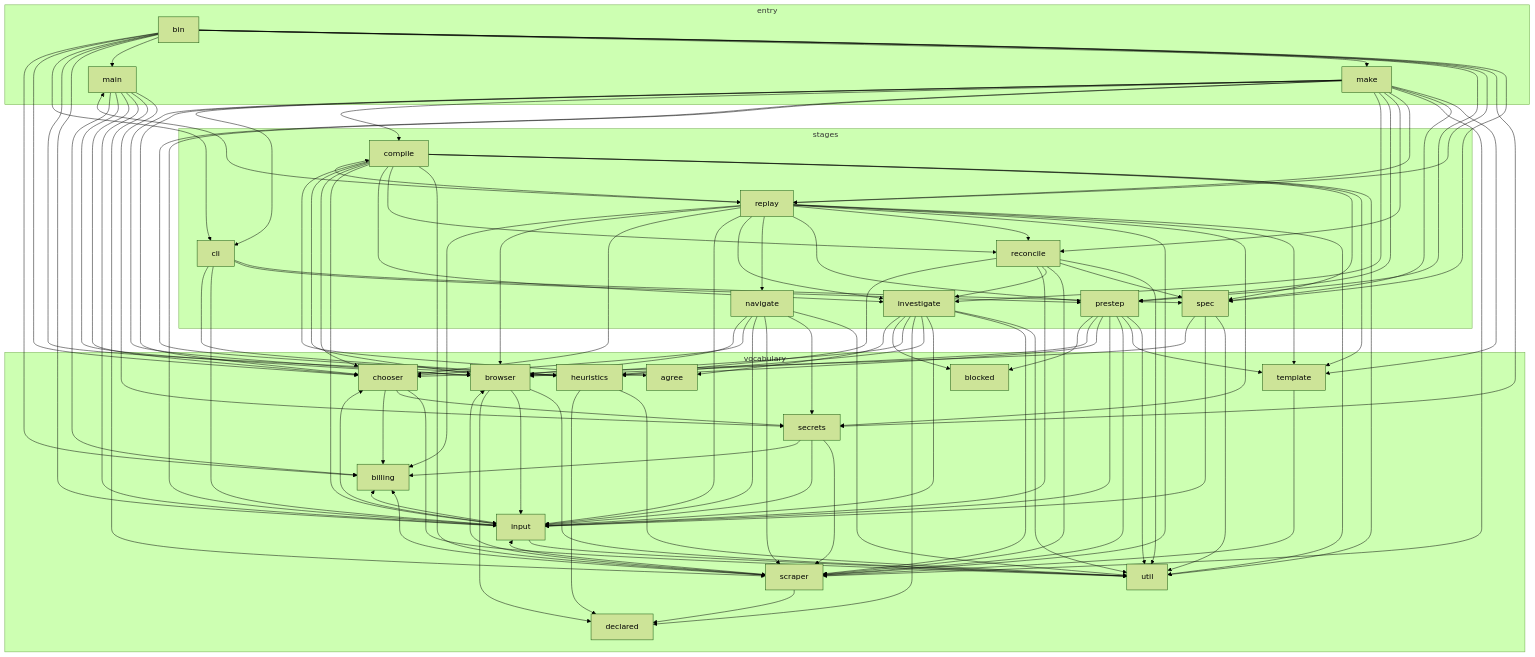
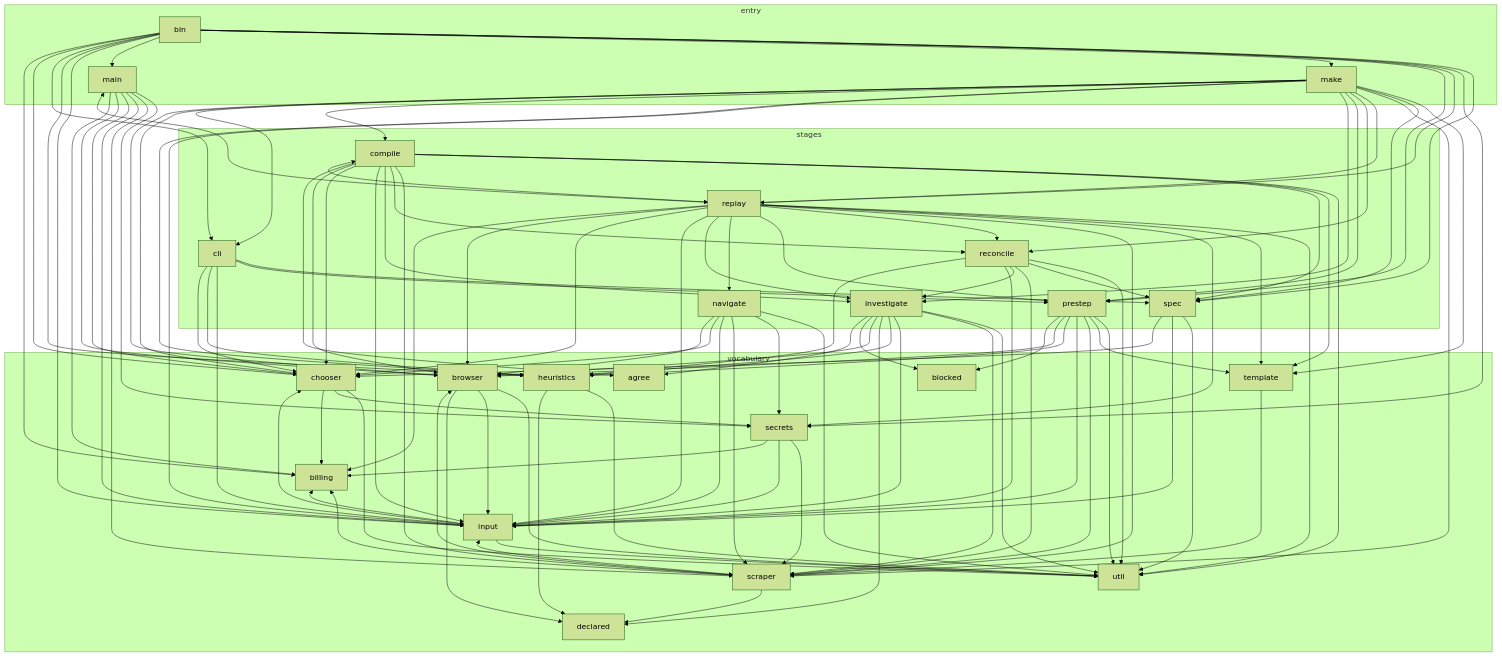
The diagram in docs/architecture.md (fellowship-dev/navvi), drawn with Mermaid (forest theme) before and after one commit. The commit also changed other lines of this file and 32 other files, not shown here.

```diff
--- a/docs/architecture.md
+++ b/docs/architecture.md
@@ -73,6 +73,7 @@
   chooser --> billing
   chooser --> secrets
   chooser --> util
+  cli --> chooser
   cli --> heuristics
   cli --> input
   cli --> prestep
```
